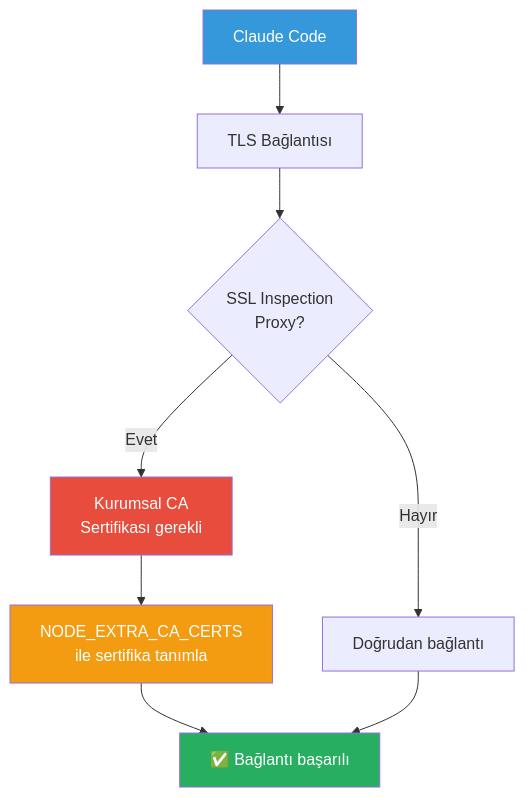
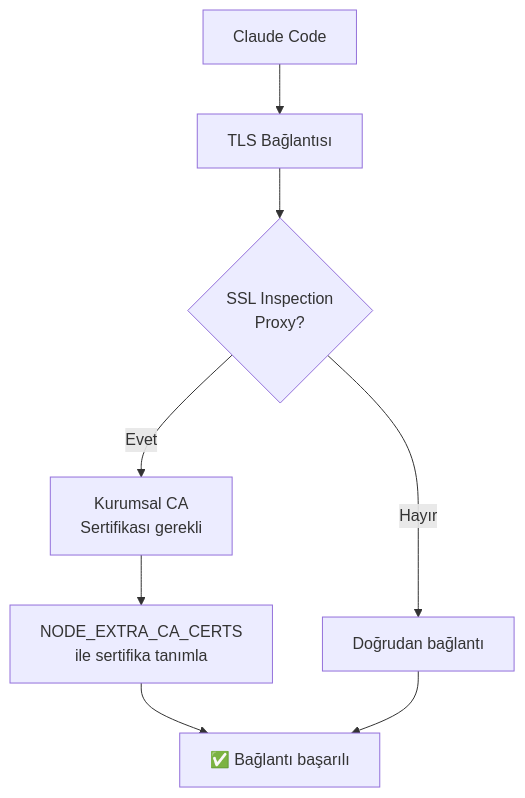
Before and after one commit to IzzetYasinAtes/ClaudeCodeHandbook: the second of 4 diagrams in 18-kurumsal-kullanim/04-ag-ve-proxy-konfigurasyonu.md, drawn with Mermaid. The commit also changed other lines of this file and 97 other files, not shown here.

Commit message:
Remove all custom Mermaid style/fill colors from 98 markdown files for consistent dark theme rendering

````diff
--- a/18-kurumsal-kullanim/04-ag-ve-proxy-konfigurasyonu.md
+++ b/18-kurumsal-kullanim/04-ag-ve-proxy-konfigurasyonu.md
@@ -80,17 +75,13 @@
 ```mermaid
 flowchart TD
     CC["Claude Code"] --> TLS["TLS Bağlantısı"]
     TLS --> INSPECT{"SSL Inspection<br/>Proxy?"}
     INSPECT -->|Evet| CORP_CA["Kurumsal CA<br/>Sertifikası gerekli"]
     INSPECT -->|Hayır| DIRECT["Doğrudan bağlantı"]
 
     CORP_CA --> CONFIG["NODE_EXTRA_CA_CERTS<br/>ile sertifika tanımla"]
     CONFIG --> SUCCESS["✅ Bağlantı başarılı"]
 
     DIRECT --> SUCCESS
 
-    style CC fill:#3498DB,color:#fff
-    style CORP_CA fill:#E74C3C,color:#fff
-    style CONFIG fill:#F39C12,color:#fff
-    style SUCCESS fill:#27AE60,color:#fff
 ```
````
